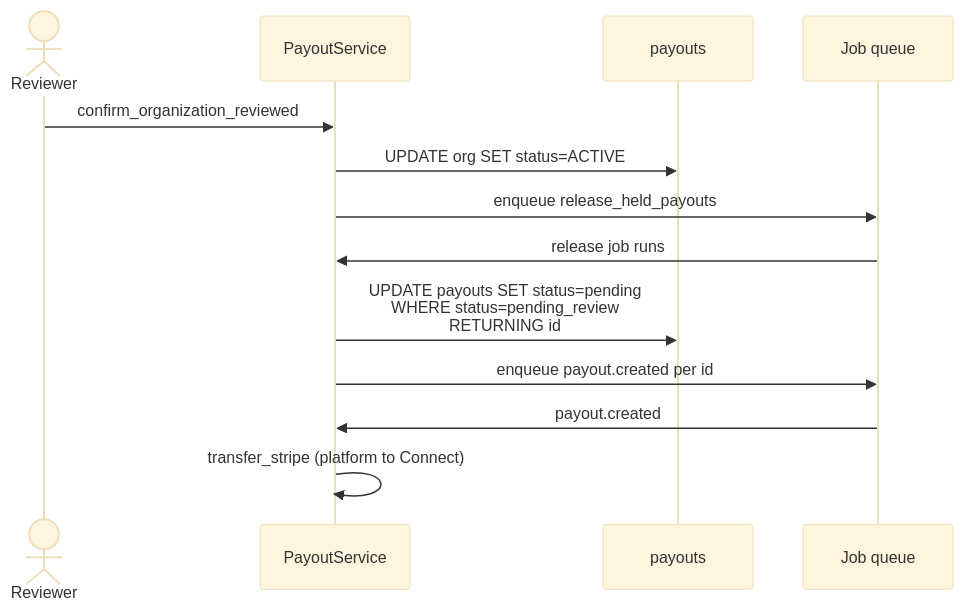
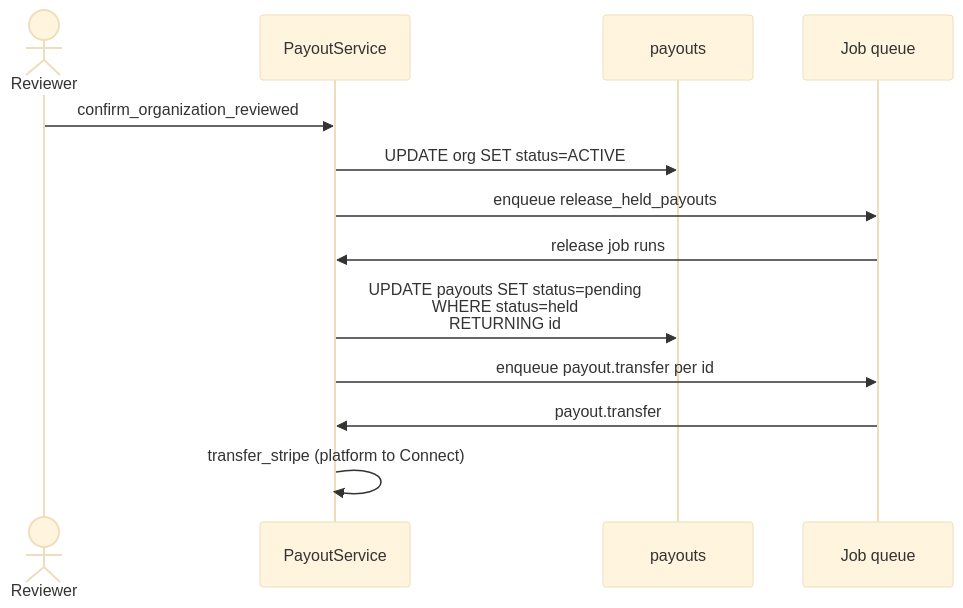
The second of 3 diagrams in handbook/engineering/design-documents/payout-reviews.mdx (polarsource/polar), drawn with Mermaid (base theme) before and after one commit. The commit also changed other lines of this file, not shown here.

First line of the commit message:
docs: address review feedback on payout reviews

````diff
--- a/handbook/engineering/design-documents/payout-reviews.mdx
+++ b/handbook/engineering/design-documents/payout-reviews.mdx
@@ -70,16 +73,16 @@
 ```mermaid
 sequenceDiagram
     actor R as Reviewer
     participant API as PayoutService
     participant P as payouts
     participant Q as Job queue
 
     R->>API: confirm_organization_reviewed
     API->>P: UPDATE org SET status=ACTIVE
     API->>Q: enqueue release_held_payouts
     Q->>API: release job runs
-    API->>P: UPDATE payouts SET status=pending<br/>WHERE status=pending_review<br/>RETURNING id
-    API->>Q: enqueue payout.created per id
-    Q->>API: payout.created
+    API->>P: UPDATE payouts SET status=pending<br/>WHERE status=held<br/>RETURNING id
+    API->>Q: enqueue payout.transfer per id
+    Q->>API: payout.transfer
     API->>API: transfer_stripe (platform to Connect)
 ```
````
